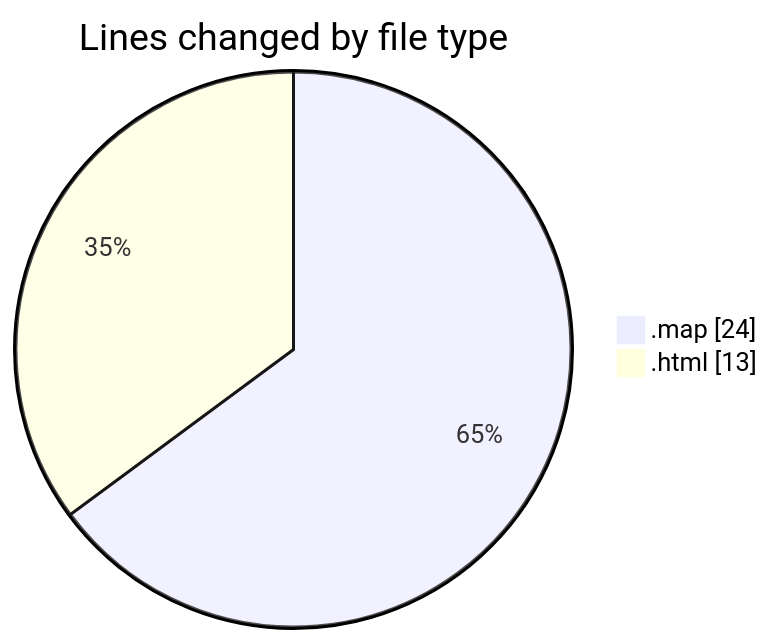
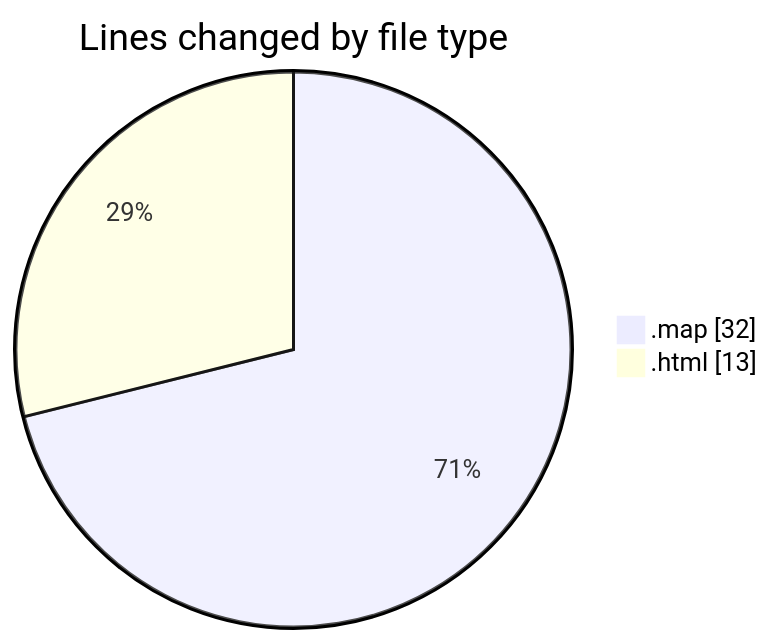
The first of 2 diagrams in 2025-03-19/energis/README.md (LanceThiago/code-tracking), drawn with Mermaid before and after one commit. The commit also changed other lines of this file and 1 other file, not shown here.

````diff
--- a/2025-03-19/energis/README.md
+++ b/2025-03-19/energis/README.md
@@ -21,6 +21,6 @@
 ```mermaid
 pie showData
 title Lines changed by file type
-".map" : 24
+".map" : 32
 ".html" : 13
 ```
````
